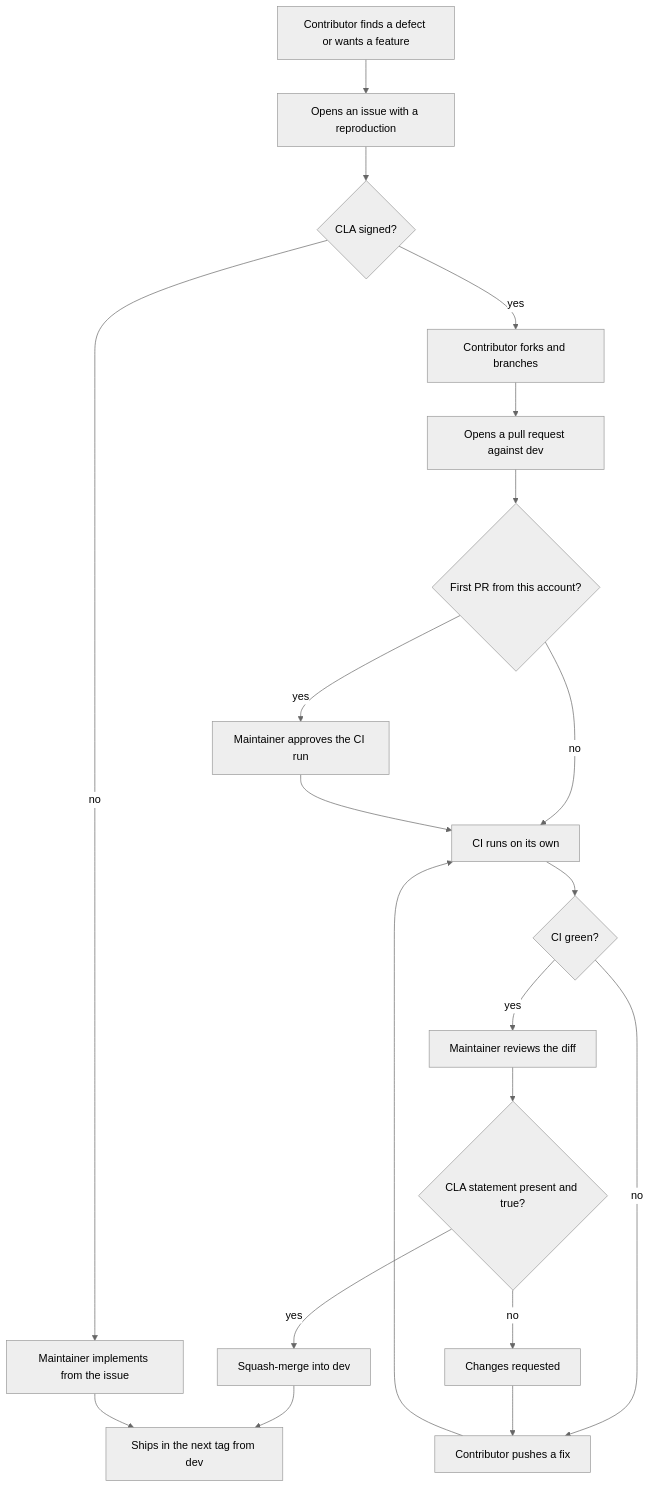
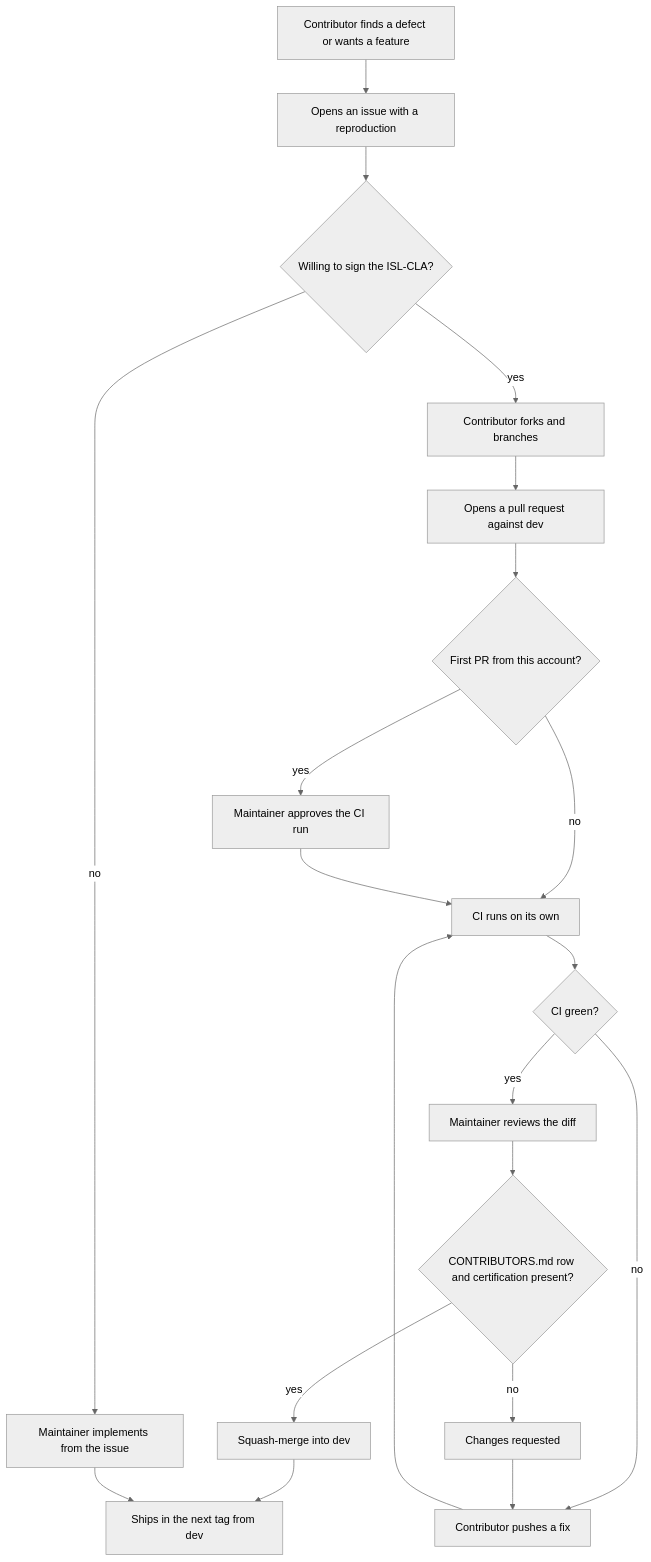
One commit to extrode/jaunty changed the first of 2 diagrams in docs/03-development/contribution-workflow.md. Above: the diagram before and after it, drawn with Mermaid (neutral theme). The commit also changed other lines of this file and 4 other files, not shown here.

Commit message:
docs: adopt the ISL-CLA 1.1 by reference; CLA.md carries the text verbatim, CONTRIBUTORS.md records signatures

````diff
--- a/docs/03-development/contribution-workflow.md
+++ b/docs/03-development/contribution-workflow.md
@@ -13,22 +14,22 @@
 ```mermaid
 flowchart TD
     A[Contributor finds a defect or wants a feature] --> B[Opens an issue with a reproduction]
-    B --> C{CLA signed?}
+    B --> C{Willing to sign the ISL-CLA?}
     C -- no --> D[Maintainer implements from the issue]
     C -- yes --> E[Contributor forks and branches]
     E --> F[Opens a pull request against dev]
     F --> G{First PR from this account?}
     G -- yes --> H[Maintainer approves the CI run]
     G -- no --> I[CI runs on its own]
     H --> I
     I --> J{CI green?}
     J -- no --> K[Contributor pushes a fix]
     K --> I
     J -- yes --> L[Maintainer reviews the diff]
-    L --> M{CLA statement present and true?}
+    L --> M{CONTRIBUTORS.md row and certification present?}
     M -- no --> N[Changes requested]
     N --> K
     M -- yes --> O[Squash-merge into dev]
     O --> P[Ships in the next tag from dev]
     D --> P
 ```
````
